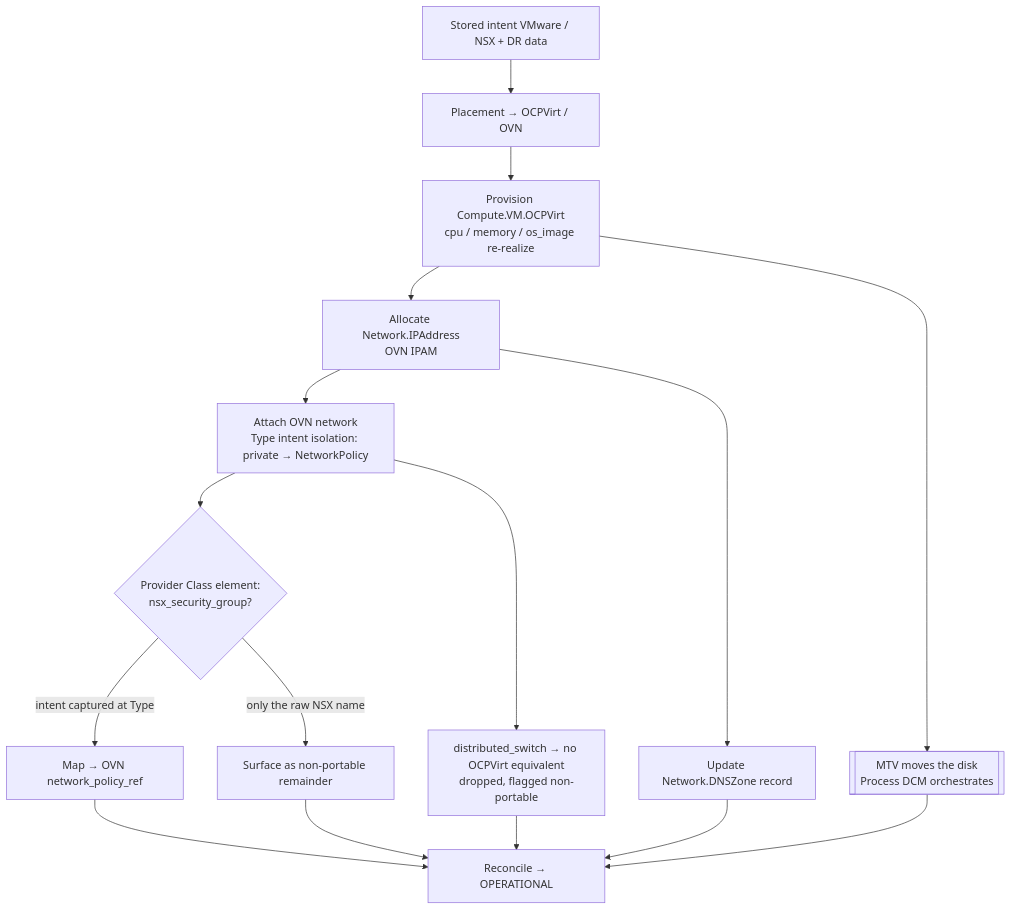
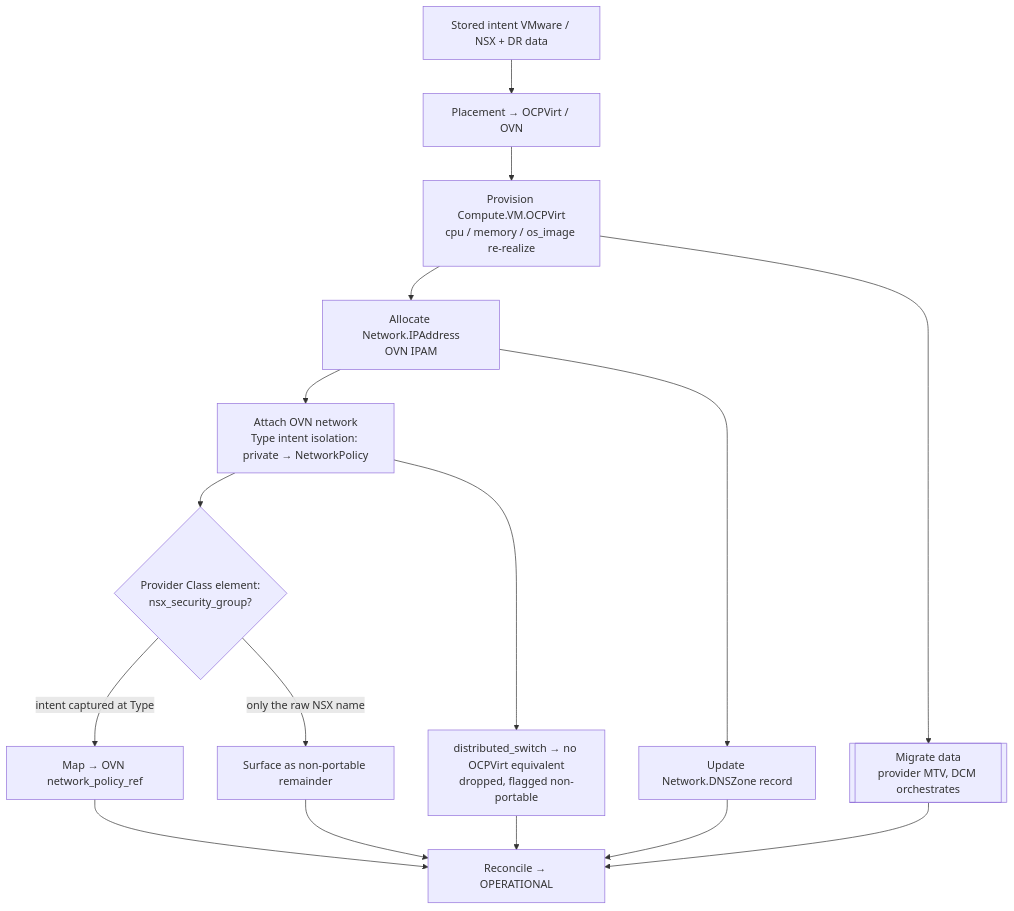
The second of 2 diagrams in docs/how-to/workload-migration-and-rehydration-example.md (croadfeldt/dcm), drawn with Mermaid before and after one commit. The commit also changed other lines of this file, not shown here.

First line of the commit message:
docs(migration): data-migration is a provider DCM calls; terminology (migration/rehydration); data not storage

````diff
--- a/docs/how-to/workload-migration-and-rehydration-example.md
+++ b/docs/how-to/workload-migration-and-rehydration-example.md
@@ -165,18 +167,18 @@
 ```mermaid
 flowchart TD
     I[Stored intent VMware / NSX + DR data] --> P[Placement → OCPVirt / OVN]
     P --> VM[Provision Compute.VM.OCPVirt<br/>cpu / memory / os_image re-realize]
     VM --> IP[Allocate Network.IPAddress<br/>OVN IPAM]
     IP --> NET[Attach OVN network<br/>Type intent isolation: private → NetworkPolicy]
     NET --> PC{Provider Class element:<br/>nsx_security_group?}
     PC -->|intent captured at Type| MAP[Map → OVN network_policy_ref]
     PC -->|only the raw NSX name| DROP[Surface as non-portable remainder]
-    VM --> DATA[[MTV moves the disk<br/>Process DCM orchestrates]]
+    VM --> DATA[[Migrate data<br/>provider MTV, DCM orchestrates]]
     IP --> DNS[Update Network.DNSZone record]
     NET --> DS[distributed_switch → no OCPVirt equivalent<br/>dropped, flagged non-portable]
     MAP --> REC[Reconcile → OPERATIONAL]
     DROP --> REC
     DATA --> REC
     DNS --> REC
     DS --> REC
 ```
````
